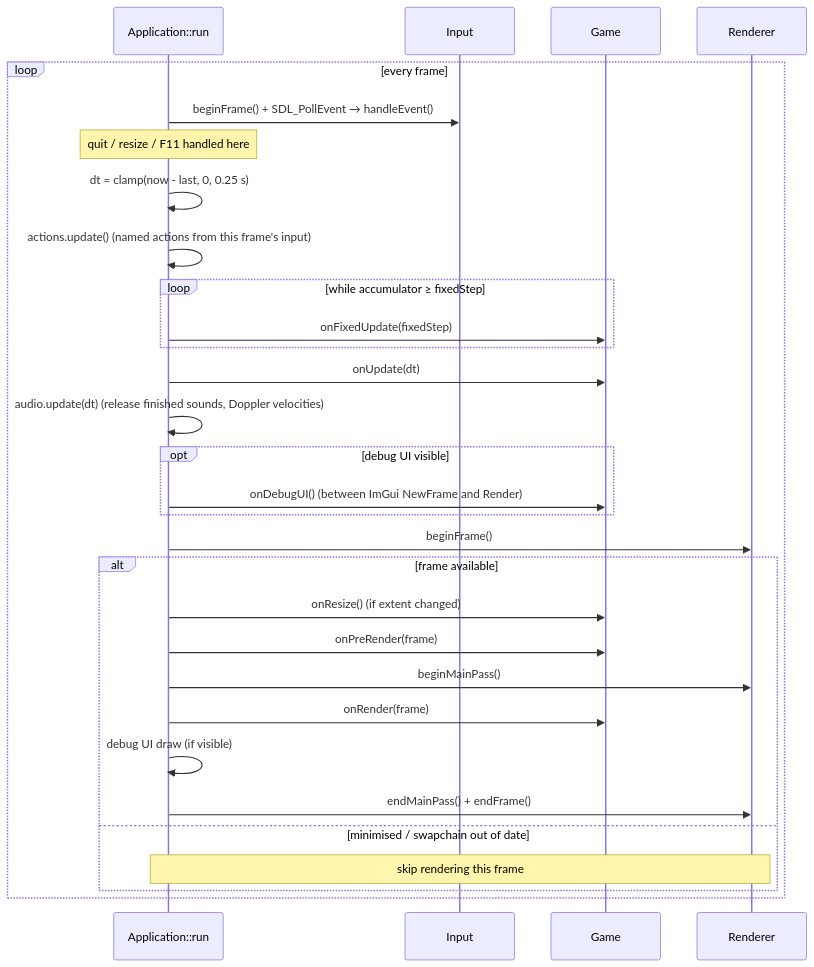
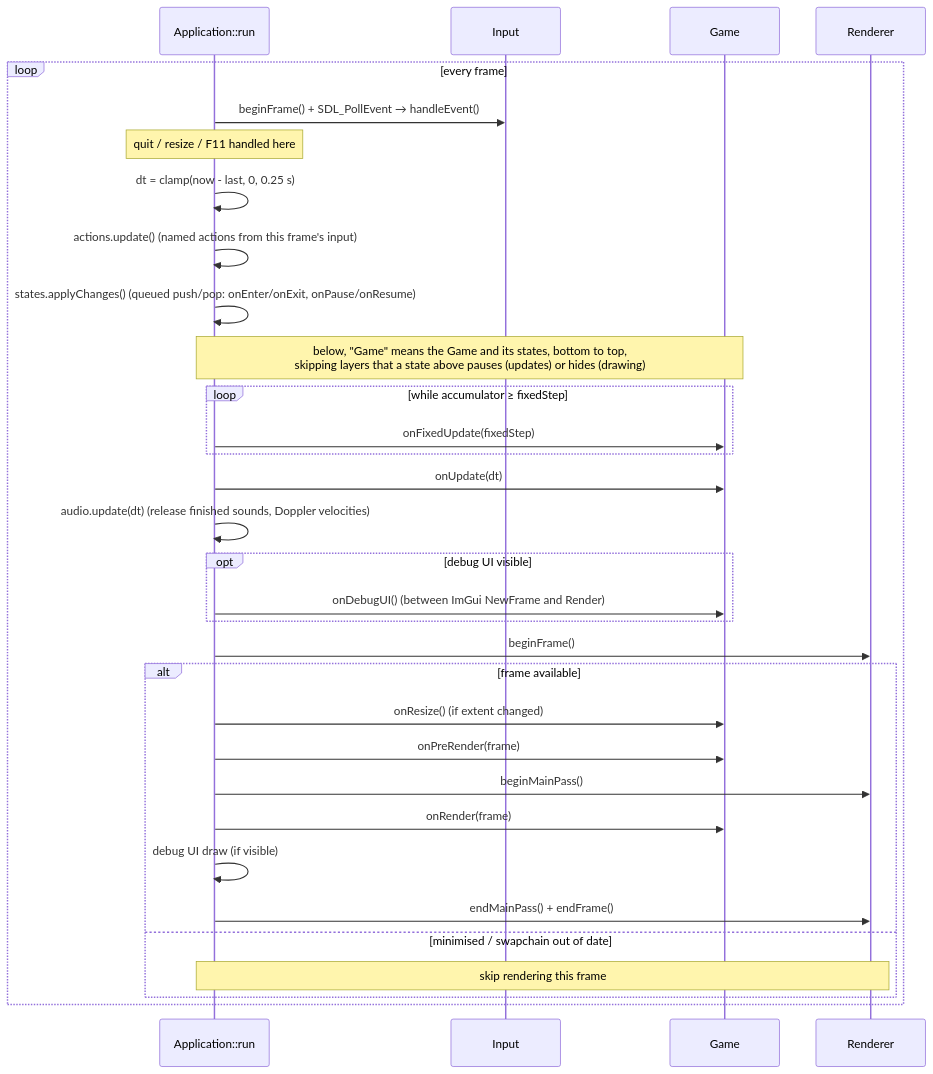
The sixth of 10 diagrams in docs/ARCHITECTURE.md (Chuck5ta/2DBaseFramework), drawn with Mermaid before and after one commit. The commit also changed other lines of this file and 11 other files, not shown here.

First line of the commit message:
Game states implemented

````diff
--- a/docs/ARCHITECTURE.md
+++ b/docs/ARCHITECTURE.md
@@ -452,33 +482,35 @@
 ```mermaid
 sequenceDiagram
     participant App as Application::run
     participant In as Input
     participant G as Game
     participant R as Renderer
 
     loop every frame
         App->>In: beginFrame() + SDL_PollEvent → handleEvent()
         Note over App: quit / resize / F11 handled here
         App->>App: dt = clamp(now - last, 0, 0.25 s)
         App->>App: actions.update() (named actions from this frame's input)
+        App->>App: states.applyChanges() (queued push/pop: onEnter/onExit, onPause/onResume)
+        Note over App,G: below, "Game" means the Game and its states, bottom to top,<br/>skipping layers that a state above pauses (updates) or hides (drawing)
         loop while accumulator ≥ fixedStep
             App->>G: onFixedUpdate(fixedStep)
         end
         App->>G: onUpdate(dt)
         App->>App: audio.update(dt) (release finished sounds, Doppler velocities)
         opt debug UI visible
             App->>G: onDebugUI() (between ImGui NewFrame and Render)
         end
         App->>R: beginFrame()
         alt frame available
             App->>G: onResize() (if extent changed)
             App->>G: onPreRender(frame)
             App->>R: beginMainPass()
             App->>G: onRender(frame)
             App->>App: debug UI draw (if visible)
             App->>R: endMainPass() + endFrame()
         else minimised / swapchain out of date
             Note over App,R: skip rendering this frame
         end
     end
 ```
````
